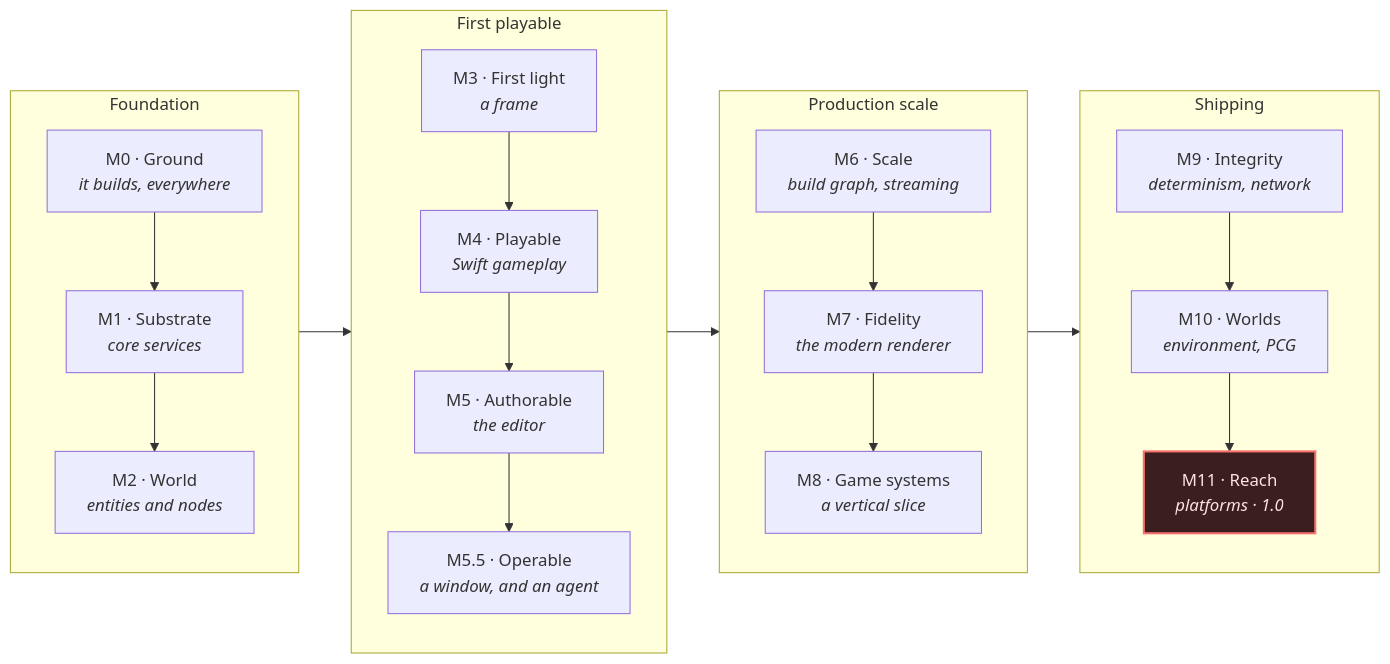
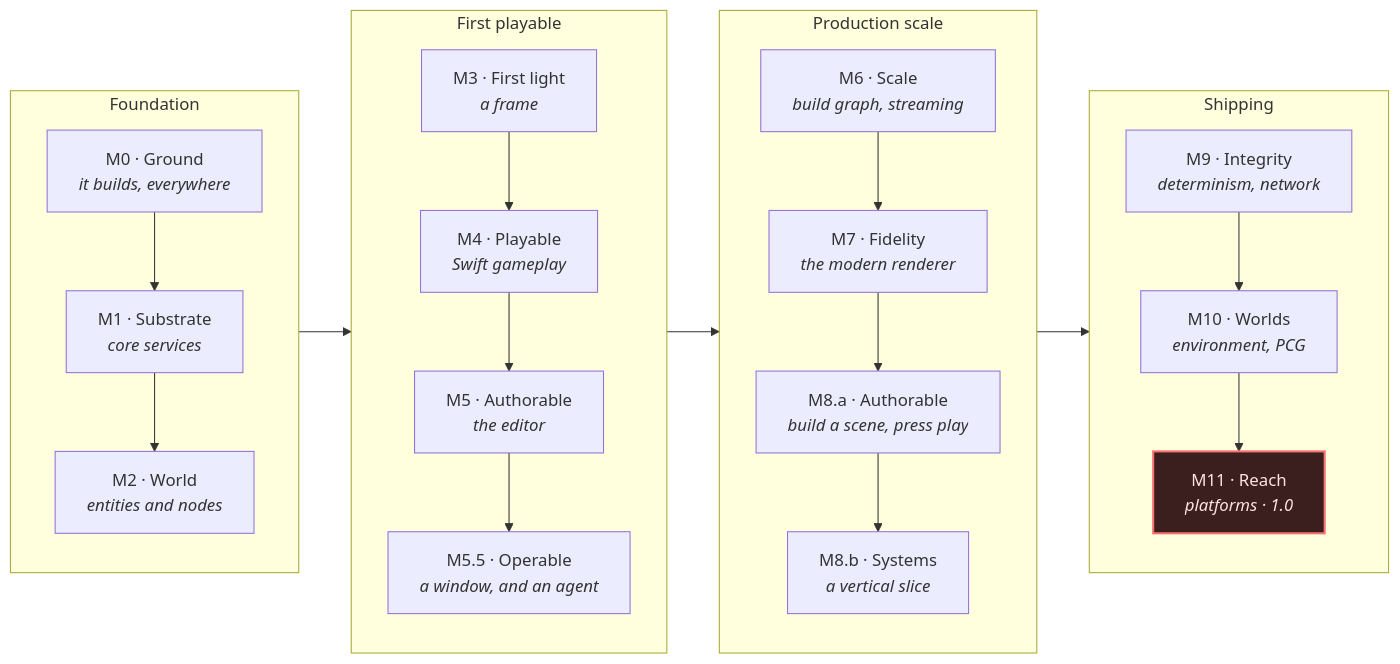
One commit to CyberdyneCorp/CyberdyneEngine changed the diagram in docs/ROADMAP.md. Above: the diagram before and after it, drawn with Mermaid. The commit also changed other lines of this file and 12 other files, not shown here.

````diff
--- a/docs/ROADMAP.md
+++ b/docs/ROADMAP.md
@@ -29,38 +29,39 @@
 ```mermaid
 flowchart LR
     subgraph F["Foundation"]
         direction TB
         M0["M0 · Ground<br/><i>it builds, everywhere</i>"]
         M1["M1 · Substrate<br/><i>core services</i>"]
         M2["M2 · World<br/><i>entities and nodes</i>"]
         M0 --> M1 --> M2
     end
     subgraph P["First playable"]
         direction TB
         M3["M3 · First light<br/><i>a frame</i>"]
         M4["M4 · Playable<br/><i>Swift gameplay</i>"]
         M5["M5 · Authorable<br/><i>the editor</i>"]
         M5B["M5.5 · Operable<br/><i>a window, and an agent</i>"]
         M3 --> M4 --> M5 --> M5B
     end
     subgraph S["Production scale"]
         direction TB
         M6["M6 · Scale<br/><i>build graph, streaming</i>"]
         M7["M7 · Fidelity<br/><i>the modern renderer</i>"]
-        M8["M8 · Game systems<br/><i>a vertical slice</i>"]
-        M6 --> M7 --> M8
+        M8A["M8.a · Authorable<br/><i>build a scene, press play</i>"]
+        M8B["M8.b · Systems<br/><i>a vertical slice</i>"]
+        M6 --> M7 --> M8A --> M8B
     end
     subgraph SH["Shipping"]
         direction TB
         M9["M9 · Integrity<br/><i>determinism, network</i>"]
         M10["M10 · Worlds<br/><i>environment, PCG</i>"]
         M11["M11 · Reach<br/><i>platforms · 1.0</i>"]
         M9 --> M10 --> M11
     end
     M2 --> M3
     M5B --> M6
-    M8 --> M9
+    M8B --> M9
 
     classDef gate fill:#3b1f1f,stroke:#f87171,stroke-width:2px,color:#fee2e2
     class M11 gate
 ```
````
